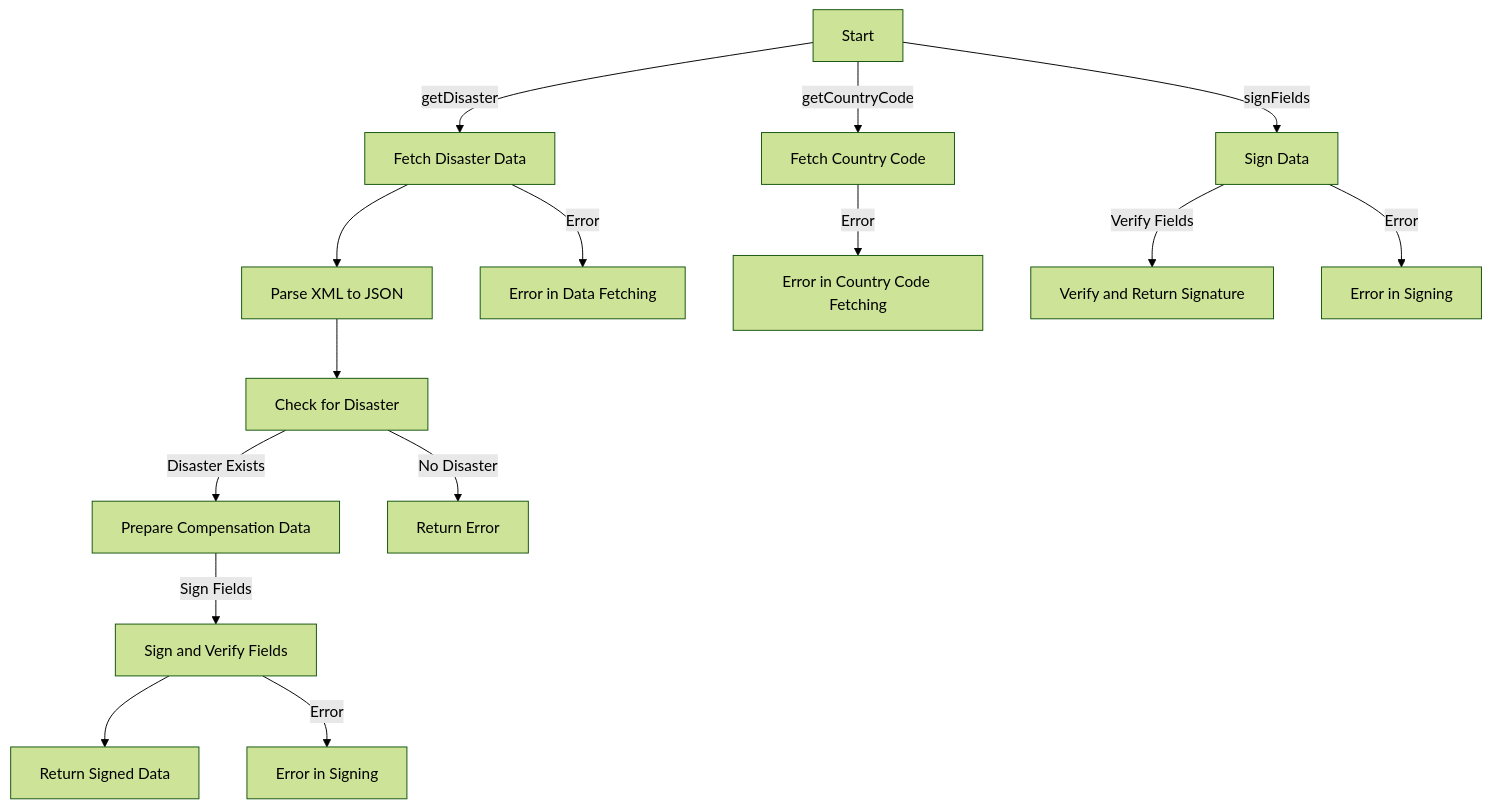
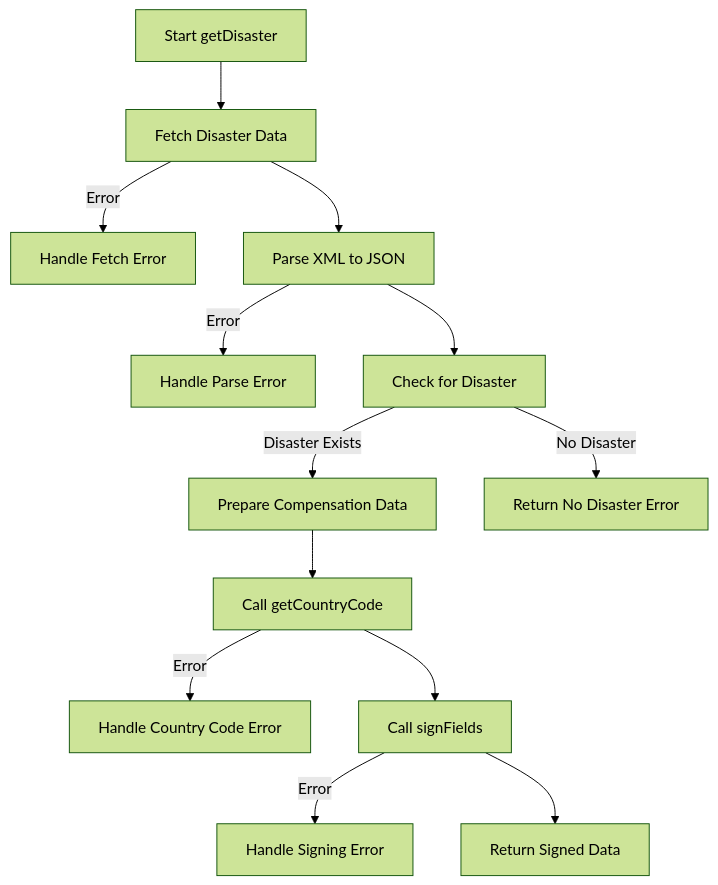
The second of 5 diagrams in README.md (zguesmi/PRENDICO), drawn with Mermaid (forest theme) before and after one commit. The commit also changed 2 other files, not shown here.

Commit message:
clean disater api and puml

````diff
--- a/README.md
+++ b/README.md
@@ -48,20 +48,16 @@
 ```mermaid
 graph TD
-    A[Start] -->|getDisaster| C[Fetch Disaster Data]
-    C --> D[Parse XML to JSON]
-    D --> E[Check for Disaster]
-    E -->|Disaster Exists| F[Prepare Compensation Data]
-    E -->|No Disaster| G[Return Error]
-    F -->|Sign Fields| H[Sign and Verify Fields]
+    A[Start getDisaster] --> B[Fetch Disaster Data]
+    B -->|Error| Z[Handle Fetch Error]
+    B --> C[Parse XML to JSON]
+    C -->|Error| Y[Handle Parse Error]
+    C --> D[Check for Disaster]
+    D -->|Disaster Exists| E[Prepare Compensation Data]
+    D -->|No Disaster| F[Return No Disaster Error]
+    E --> G[Call getCountryCode]
+    G -->|Error| X[Handle Country Code Error]
+    G --> H[Call signFields]
+    H -->|Error| W[Handle Signing Error]
     H --> I[Return Signed Data]
-    C -->|Error| J[Error in Data Fetching]
-    H -->|Error| K[Error in Signing]
-
-    A -->|getCountryCode| L[Fetch Country Code]
-    L -->|Error| M[Error in Country Code Fetching]
-
-    A -->|signFields| N[Sign Data]
-    N -->|Verify Fields| O[Verify and Return Signature]
-    N -->|Error| P[Error in Signing]
 
 ```
````
